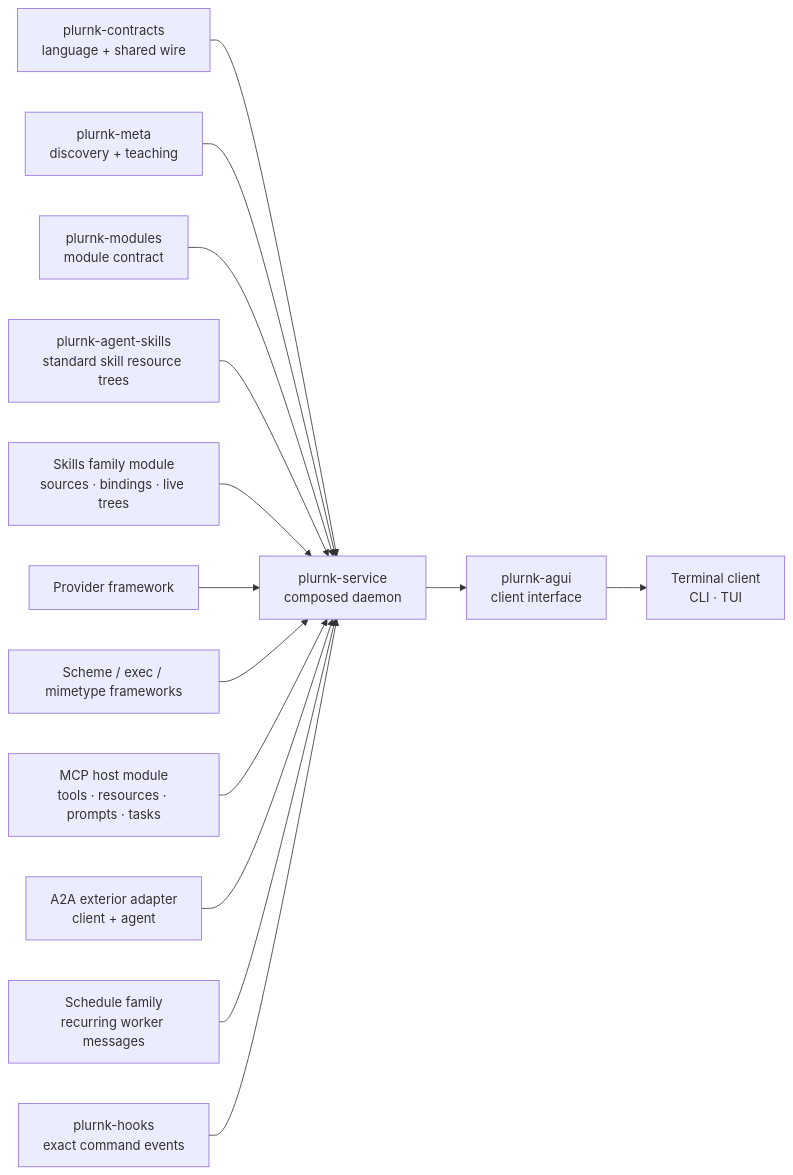
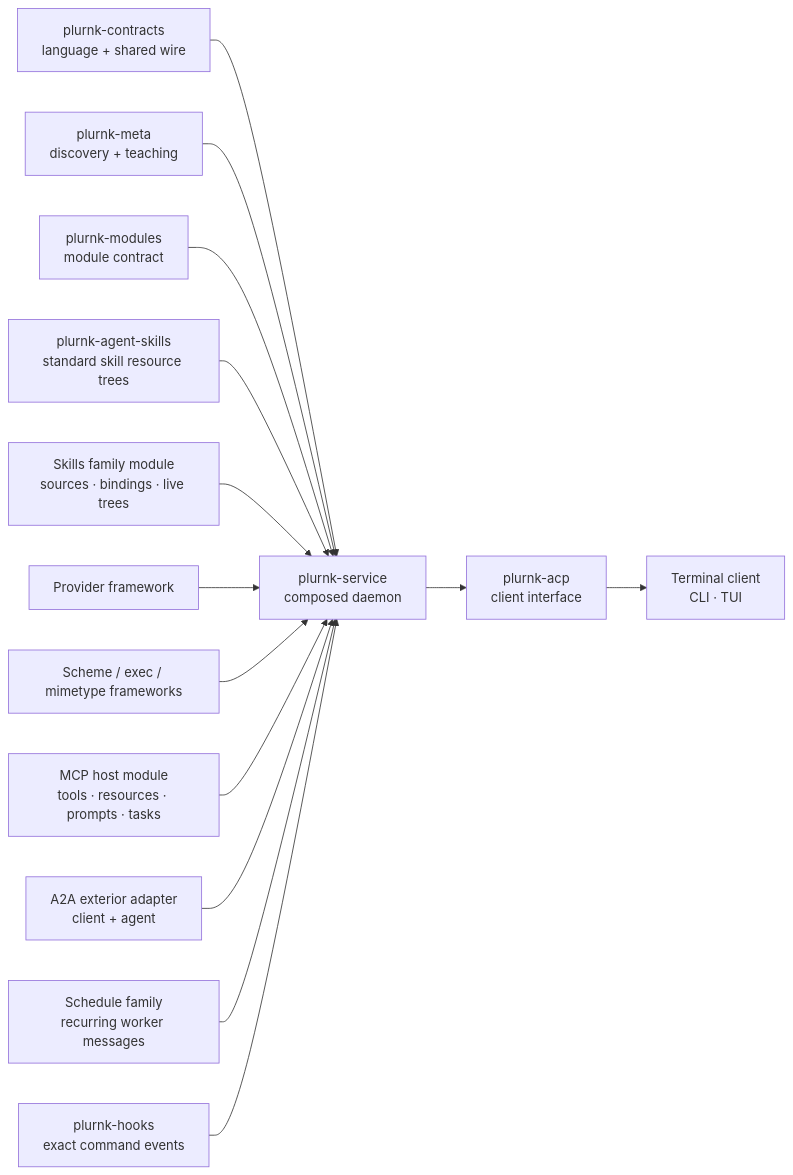
One commit to plurnk/plurnk-service changed the second of 5 diagrams in ARCHITECTURE.md. Above: the diagram before and after it, drawn with Mermaid. The commit also changed other lines of this file and 278 other files, not shown here.

Commit message:
refactor(acp): complete client parity in plurnk-acp and retire plurnk-agui (#1232)

````diff
--- a/ARCHITECTURE.md
+++ b/ARCHITECTURE.md
@@ -41,17 +41,17 @@
 ```mermaid
 flowchart LR
     contracts["plurnk-contracts<br/>language + shared wire"] --> core
     meta["plurnk-meta<br/>discovery + teaching"] --> core
     modules["plurnk-modules<br/>module contract"] --> core
     skills["plurnk-agent-skills<br/>standard skill resource trees"] --> core
     skillFamily["Skills family module<br/>sources · bindings · live trees"] --> core
     providers["Provider framework"] --> core
     frameworks["Scheme / exec / mimetype frameworks"] --> core
     mcp["MCP host module<br/>tools · resources · prompts · tasks"] --> core
     a2a["A2A exterior adapter<br/>client + agent"] --> core
     schedule["Schedule family<br/>recurring worker messages"] --> core
     hooks["plurnk-hooks<br/>exact command events"] --> core
     core["plurnk-service<br/>composed daemon"]
-    core --> agui["plurnk-agui<br/>client interface"]
-    agui --> clients["Terminal client<br/>CLI · TUI"]
+    core --> acp["plurnk-acp<br/>client interface"]
+    acp --> clients["Terminal client<br/>CLI · TUI"]
 ```
````
